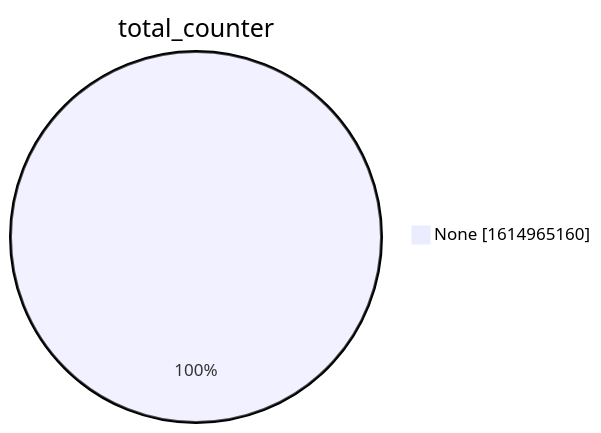
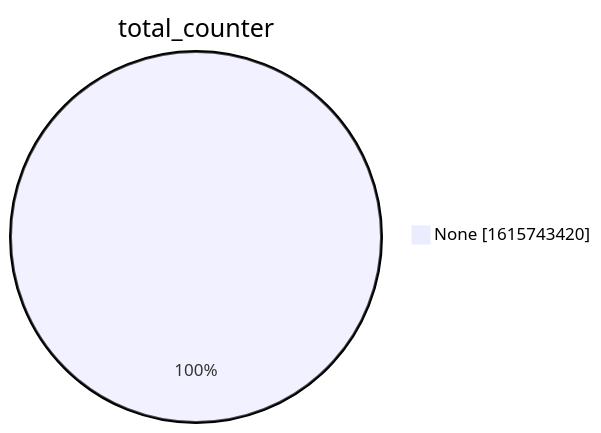
One commit to christiankrug/ctmonitor_visualization changed the second of 15 diagrams in xenon2022/README.md. Above: the diagram before and after it, drawn with Mermaid. The commit also changed other lines of this file, not shown here.

````diff
--- a/xenon2022/README.md
+++ b/xenon2022/README.md
@@ -9,5 +9,5 @@
 ```mermaid
 pie showData
 title total_counter
-"None" :1614965160
+"None" :1615743420
 ```
````
